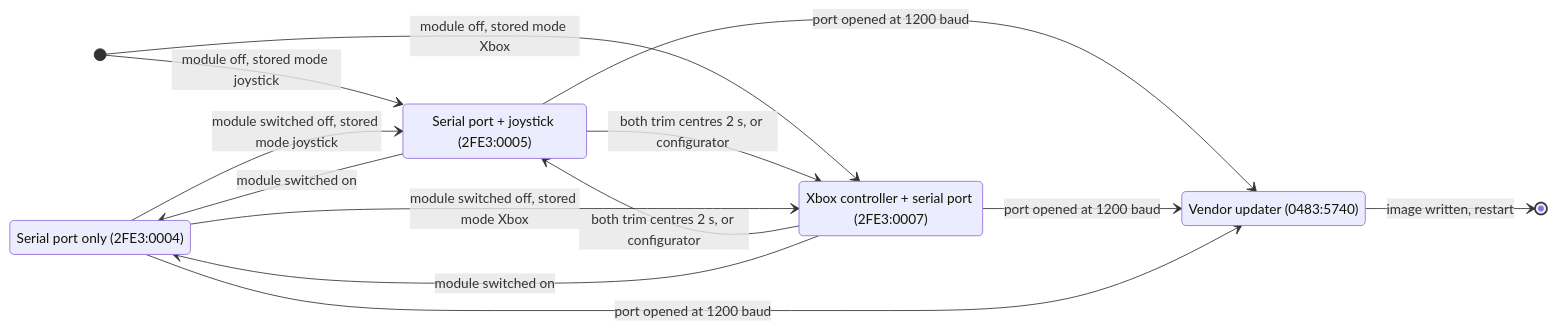
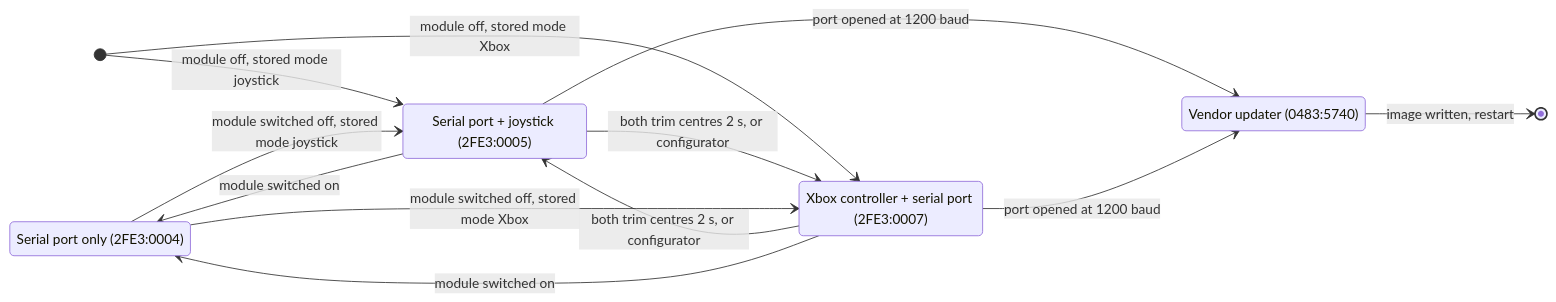
One commit to mvoss96/OpenLiteRadio changed the third of 3 diagrams in docs/ARCHITECTURE.md. Above: the diagram before and after it, drawn with Mermaid. The commit also changed other lines of this file and 7 other files, not shown here.

````diff
--- a/docs/ARCHITECTURE.md
+++ b/docs/ARCHITECTURE.md
@@ -254,20 +254,19 @@
 ```mermaid
 stateDiagram-v2
   direction LR
   state "Serial port only (2FE3:0004)" as Ser
   state "Serial port + joystick (2FE3:0005)" as Joy
   state "Xbox controller + serial port (2FE3:0007)" as Xbox
   state "Vendor updater (0483:5740)" as Upd
   [*] --> Joy: module off, stored mode joystick
   [*] --> Xbox: module off, stored mode Xbox
   Joy --> Xbox: both trim centres 2 s, or configurator
   Xbox --> Joy: both trim centres 2 s, or configurator
   Joy --> Ser: module switched on
   Xbox --> Ser: module switched on
   Ser --> Joy: module switched off, stored mode joystick
   Ser --> Xbox: module switched off, stored mode Xbox
   Joy --> Upd: port opened at 1200 baud
   Xbox --> Upd: port opened at 1200 baud
-  Ser --> Upd: port opened at 1200 baud
   Upd --> [*]: image written, restart
 ```
````
